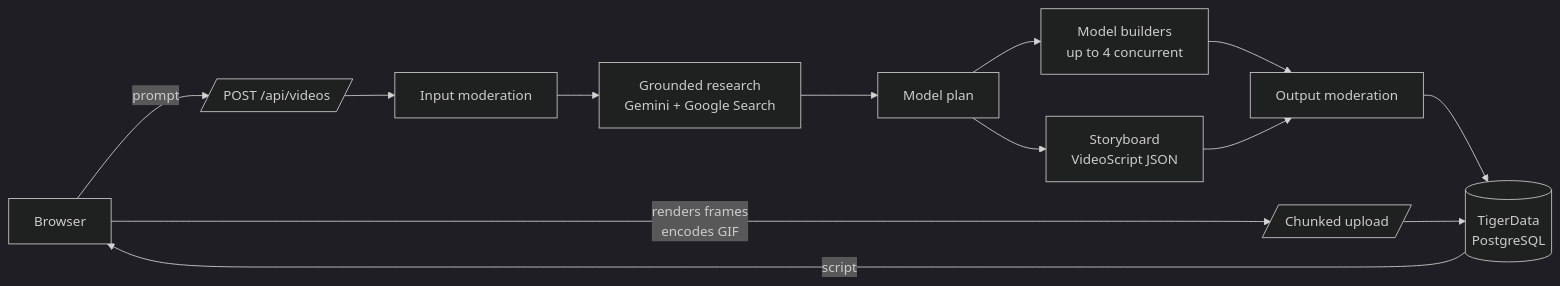
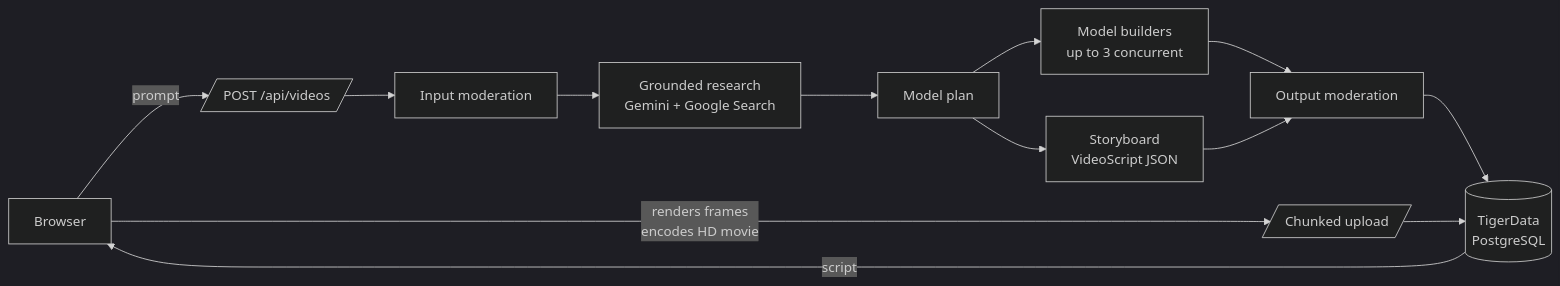
One commit to Maxwell553/SBUHacks2026 changed the diagram in docs/ARCHITECTURE.md. Above: the diagram before and after it, drawn with Mermaid (dark theme). The commit also changed other lines of this file and 106 other files, not shown here.

````diff
--- a/docs/ARCHITECTURE.md
+++ b/docs/ARCHITECTURE.md
@@ -5,15 +5,15 @@
 ```mermaid
 flowchart LR
   U[Browser] -- prompt --> API[/POST /api/videos/]
   API --> M1[Input moderation]
   M1 --> R[Grounded research<br/>Gemini + Google Search]
   R --> P[Model plan]
-  P --> B[Model builders<br/>up to 4 concurrent]
+  P --> B[Model builders<br/>up to 3 concurrent]
   P --> S[Storyboard<br/>VideoScript JSON]
   B --> M2
   S --> M2[Output moderation]
   M2 --> DB[(TigerData<br/>PostgreSQL)]
   DB -- script --> U
-  U -- renders frames<br/>encodes GIF --> UP[/Chunked upload/]
+  U -- renders frames<br/>encodes HD movie --> UP[/Chunked upload/]
   UP --> DB
 ```
````
